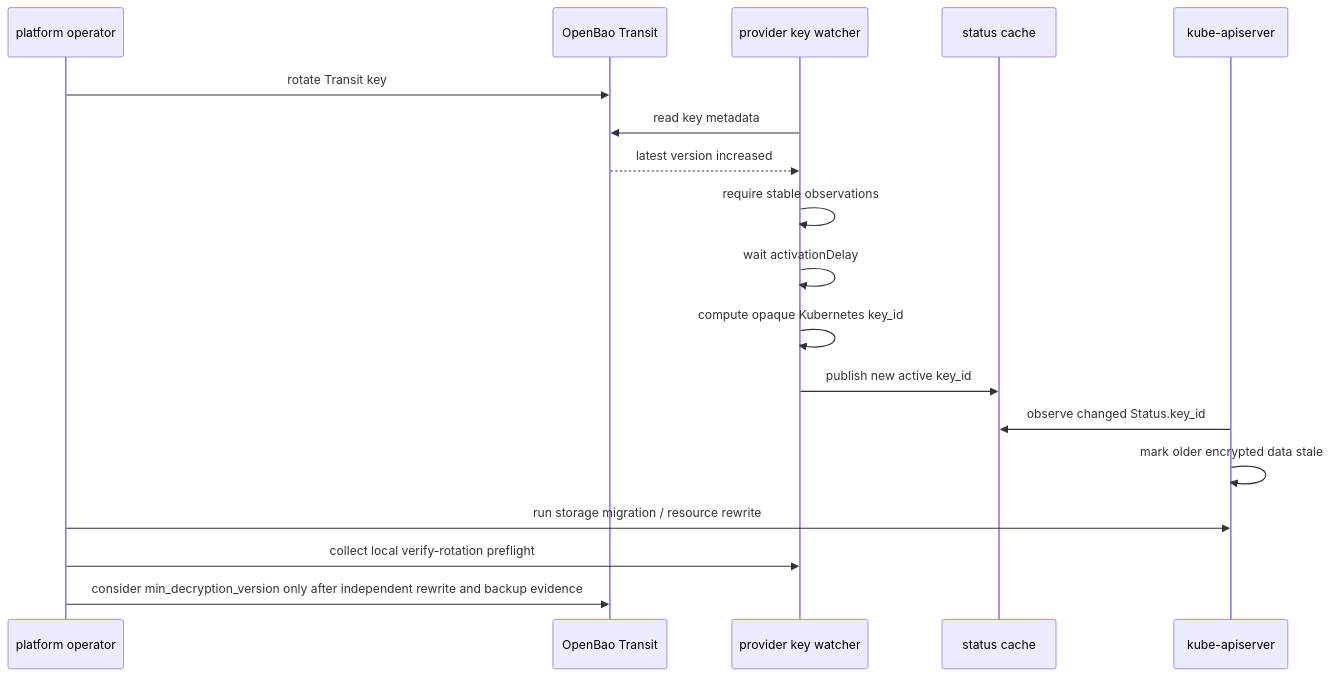
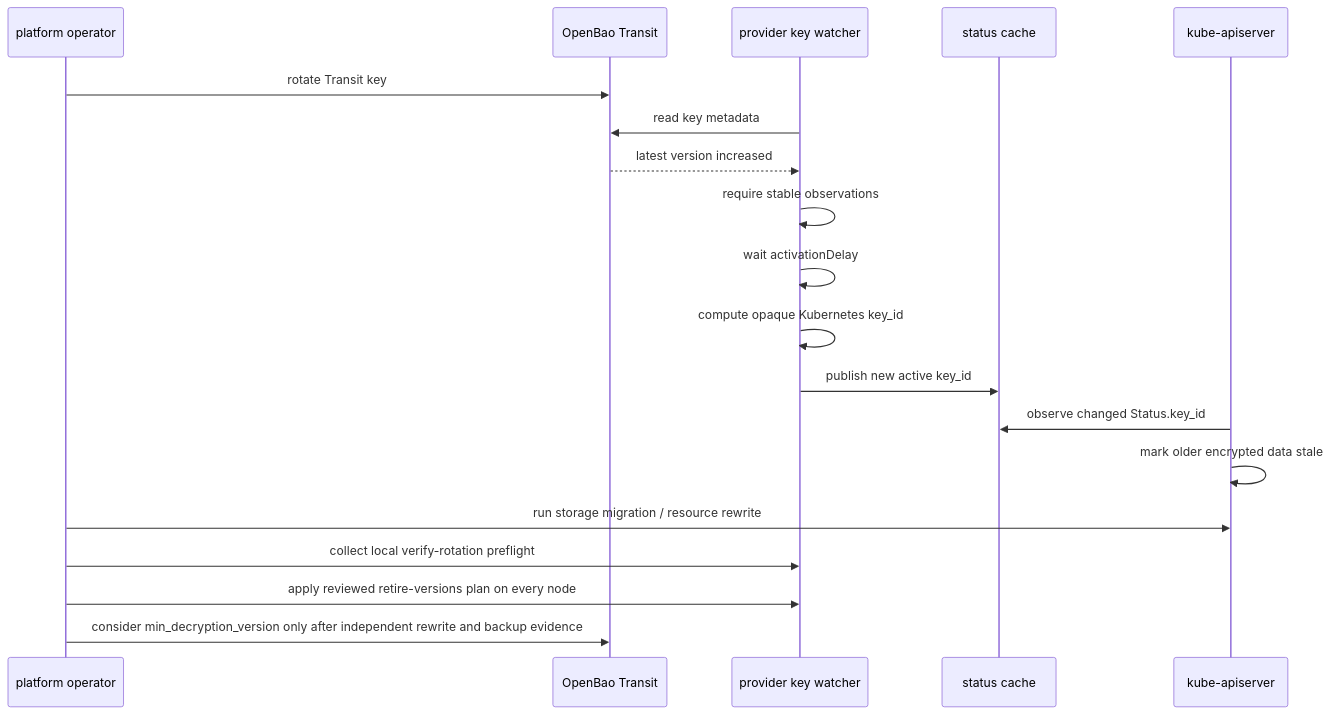
Before and after one commit to dc-tec/openbao-kubernetes-kms: the second of 2 diagrams in docs/architecture/rotation-model.md, drawn with Mermaid. The commit also changed other lines of this file and 26 other files, not shown here.

````diff
--- a/docs/architecture/rotation-model.md
+++ b/docs/architecture/rotation-model.md
@@ -39,21 +39,22 @@
 ```mermaid
 sequenceDiagram
     participant Operator as platform operator
     participant Bao as OpenBao Transit
     participant Watcher as provider key watcher
     participant Status as status cache
     participant API as kube-apiserver
 
     Operator->>Bao: rotate Transit key
     Watcher->>Bao: read key metadata
     Bao-->>Watcher: latest version increased
     Watcher->>Watcher: require stable observations
     Watcher->>Watcher: wait activationDelay
     Watcher->>Watcher: compute opaque Kubernetes key_id
     Watcher->>Status: publish new active key_id
     API->>Status: observe changed Status.key_id
     API->>API: mark older encrypted data stale
     Operator->>API: run storage migration / resource rewrite
     Operator->>Watcher: collect local verify-rotation preflight
+    Operator->>Watcher: apply reviewed retire-versions plan on every node
     Operator->>Bao: consider min_decryption_version only after independent rewrite and backup evidence
 ```
````
